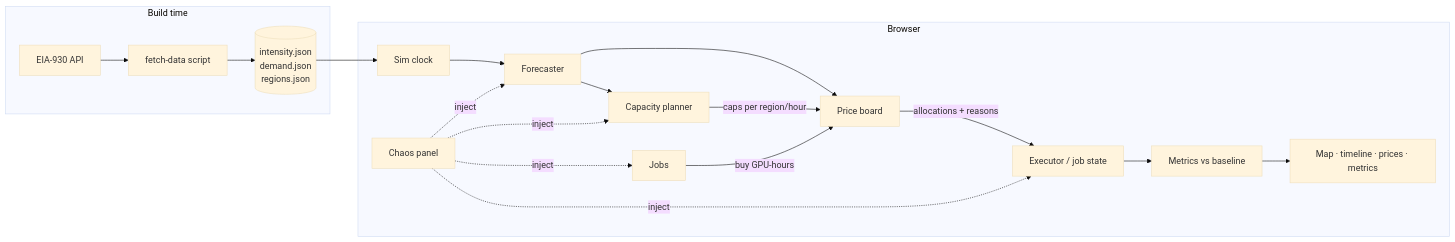
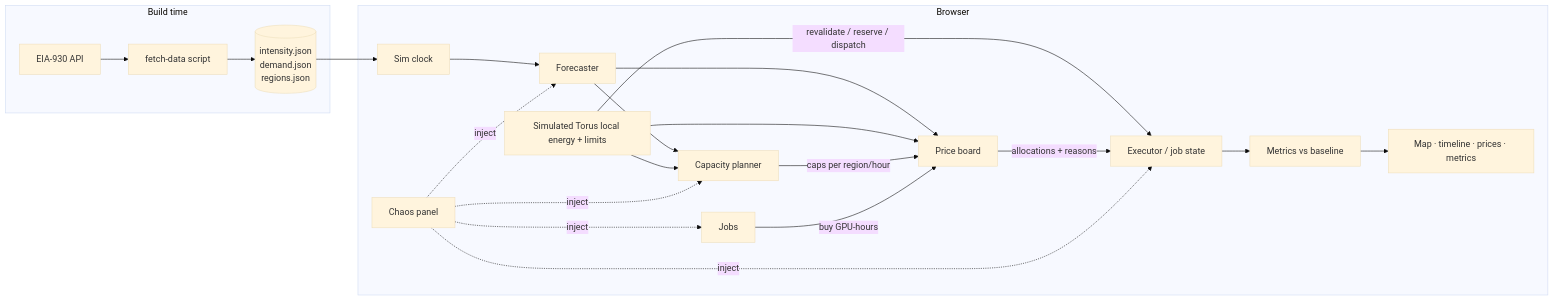
Before and after one commit to jordanwilcken/torus-hackathon2026: the diagram in design.md, drawn with Mermaid (base theme). The commit also changed other lines of this file and 49 other files, not shown here.

````diff
--- a/design.md
+++ b/design.md
@@ -75,19 +77,21 @@
 ```mermaid
 flowchart LR
   subgraph Build time
     EIA[EIA-930 API] --> F[fetch-data script]
     F --> J[(intensity.json<br/>demand.json<br/>regions.json)]
   end
   subgraph Browser
     J --> CLK[Sim clock]
     CLK --> FC[Forecaster]
     FC --> PL[Capacity planner]
     FC --> PB[Price board]
+    Torus[Simulated Torus local energy + limits] --> PL & PB
+    Torus -->|revalidate / reserve / dispatch| EX
     PL -->|caps per region/hour| PB
     JB[Jobs] -->|buy GPU-hours| PB
     PB -->|allocations + reasons| EX[Executor / job state]
     EX --> MET[Metrics vs baseline]
     CH[Chaos panel] -.inject.-> FC & PL & EX & JB
     MET --> UI[Map · timeline · prices · metrics]
   end
 ```
````
